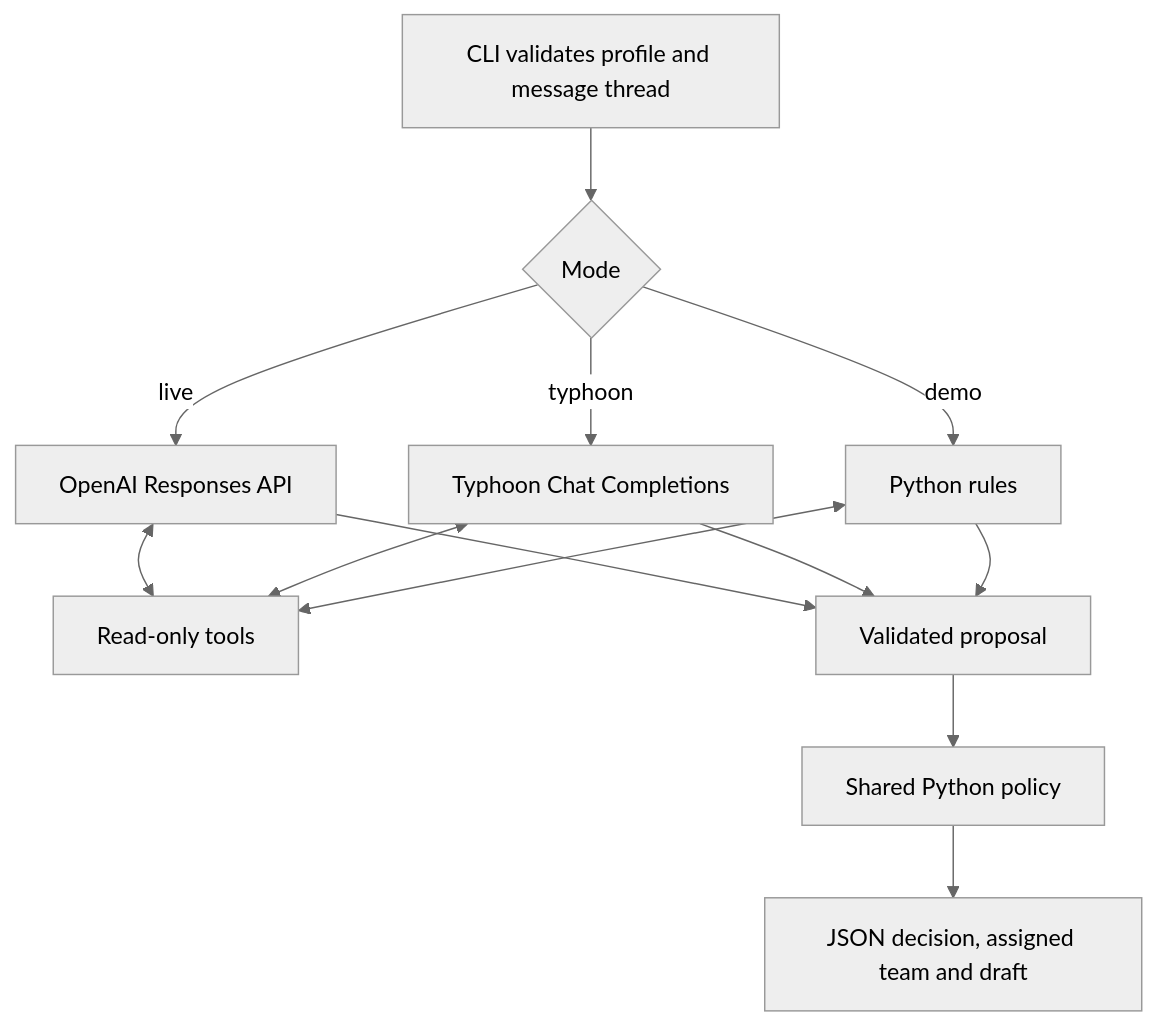
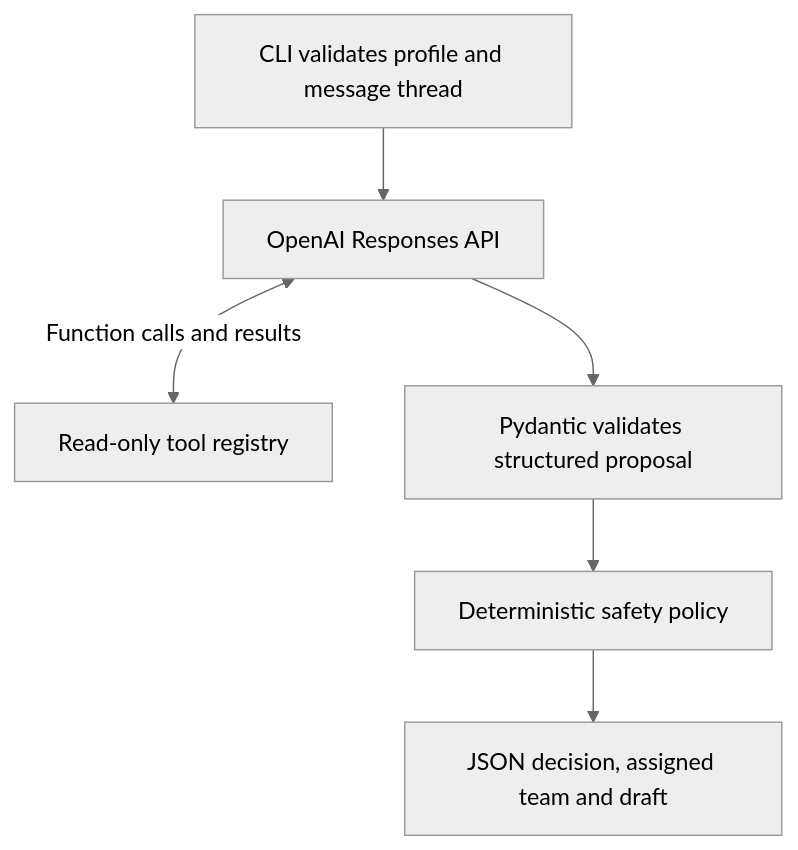
The diagram in README.md (thanithpol2545/support-ticket-triage-agent), drawn with Mermaid (neutral theme) before and after one commit. The commit also changed other lines of this file and 19 other files, not shown here.

````diff
--- a/README.md
+++ b/README.md
@@ -160,15 +114,8 @@
 ```mermaid
 flowchart TD
-    A[CLI validates profile and message thread] --> B{Mode}
-    B -->|live| C[OpenAI Responses API]
-    B -->|typhoon| D[Typhoon Chat Completions]
-    B -->|demo| E[Python rules]
-    C <--> T[Read-only tools]
-    D <--> T
-    E <--> T
-    C --> P[Validated proposal]
-    D --> P
-    E --> P
-    P --> F[Shared Python policy]
-    F --> G[JSON decision, assigned team and draft]
+    A[CLI validates profile and message thread] --> B[OpenAI Responses API]
+    B <-->|Function calls and results| C[Read-only tool registry]
+    B --> D[Pydantic validates structured proposal]
+    D --> E[Deterministic safety policy]
+    E --> F[JSON decision, assigned team and draft]
 ```
````
